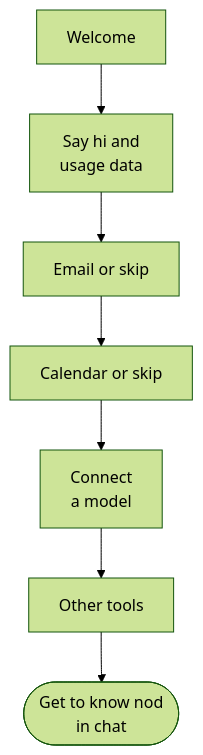
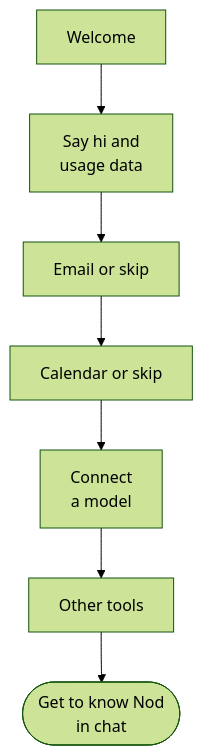
One commit to KrishBhimani/nod changed the diagram in docs/src/content/docs/get-started/first-conversation.mdx. Above: the diagram before and after it, drawn with Mermaid (forest theme). The commit also changed other lines of this file and 275 other files, not shown here.

````diff
--- a/docs/src/content/docs/get-started/first-conversation.mdx
+++ b/docs/src/content/docs/get-started/first-conversation.mdx
@@ -18,9 +18,9 @@
 ```mermaid
 flowchart TD
   start[Welcome] --> hi[Say hi and<br/>usage data]
   hi --> email[Email or skip]:::muted
   email --> calendar[Calendar or skip]:::muted
   calendar --> model[Connect<br/>a model]:::accent
   model --> apps[Other tools]:::muted
-  apps --> chat([Get to know nod<br/>in chat]):::go
+  apps --> chat([Get to know Nod<br/>in chat]):::go
 ```
````
